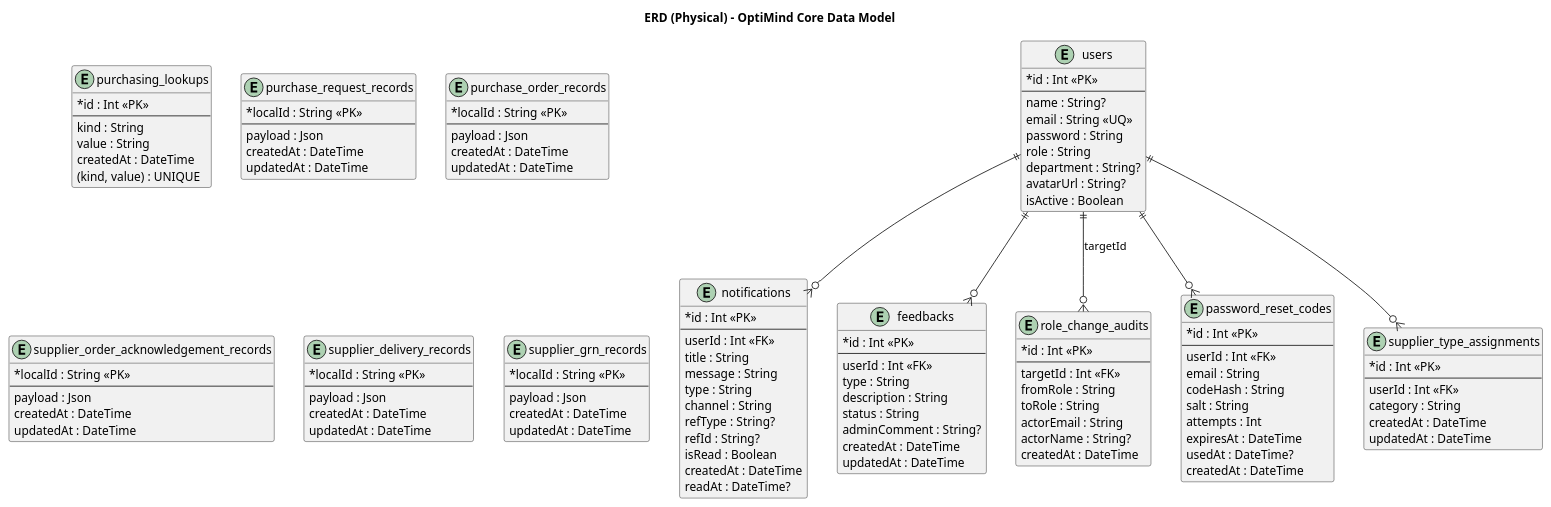
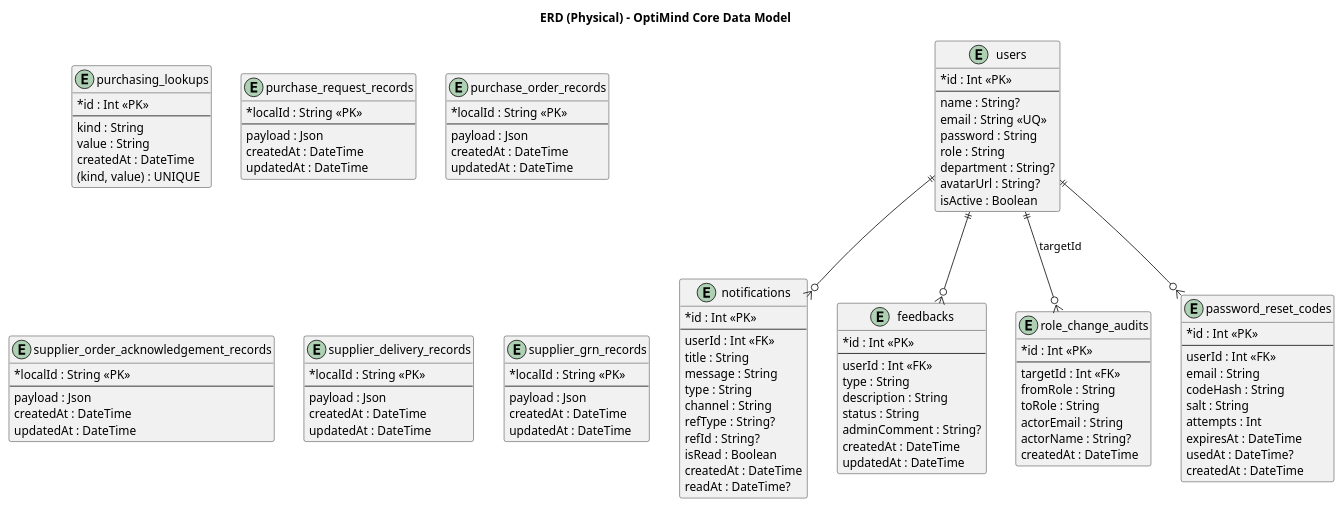
The diagram in Diagram/erd-system.puml (MoeyChingWei/FYP-MoeyChingWei), drawn with PlantUML before and after one commit. The commit also changed 34 other files, not shown here.

```diff
--- a/Diagram/erd-system.puml
+++ b/Diagram/erd-system.puml
@@ -1,135 +1,125 @@
 @startuml
 title ERD (Physical) - OptiMind Core Data Model
 
 hide methods
 hide stereotypes
 skinparam classAttributeIconSize 0
 
 entity "users" as User {
   * id : Int <<PK>>
   --
   name : String?
   email : String <<UQ>>
   password : String
   role : String
   department : String?
   avatarUrl : String?
   isActive : Boolean
 }
 
 entity "notifications" as Notification {
   * id : Int <<PK>>
   --
   userId : Int <<FK>>
   title : String
   message : String
   type : String
   channel : String
   refType : String?
   refId : String?
   isRead : Boolean
   createdAt : DateTime
   readAt : DateTime?
 }
 
 entity "feedbacks" as Feedback {
   * id : Int <<PK>>
   --
   userId : Int <<FK>>
   type : String
   description : String
   status : String
   adminComment : String?
   createdAt : DateTime
   updatedAt : DateTime
 }
 
 entity "role_change_audits" as RoleChangeAudit {
   * id : Int <<PK>>
   --
   targetId : Int <<FK>>
   fromRole : String
   toRole : String
   actorEmail : String
   actorName : String?
   createdAt : DateTime
 }
 
 entity "password_reset_codes" as PasswordResetCode {
   * id : Int <<PK>>
   --
   userId : Int <<FK>>
   email : String
   codeHash : String
   salt : String
   attempts : Int
   expiresAt : DateTime
   usedAt : DateTime?
   createdAt : DateTime
 }
 
-entity "supplier_type_assignments" as SupplierTypeAssignment {
-  * id : Int <<PK>>
-  --
-  userId : Int <<FK>>
-  category : String
-  createdAt : DateTime
-  updatedAt : DateTime
-}
-
 entity "purchasing_lookups" as PurchasingLookup {
   * id : Int <<PK>>
   --
   kind : String
   value : String
   createdAt : DateTime
   (kind, value) : UNIQUE
 }
 
 entity "purchase_request_records" as PurchaseRequestRecord {
   * localId : String <<PK>>
   --
   payload : Json
   createdAt : DateTime
   updatedAt : DateTime
 }
 
 entity "purchase_order_records" as PurchaseOrderRecord {
   * localId : String <<PK>>
   --
   payload : Json
   createdAt : DateTime
   updatedAt : DateTime
 }
 
 entity "supplier_order_acknowledgement_records" as SupplierOrderAckRecord {
   * localId : String <<PK>>
   --
   payload : Json
   createdAt : DateTime
   updatedAt : DateTime
 }
 
 entity "supplier_delivery_records" as SupplierDeliveryRecord {
   * localId : String <<PK>>
   --
   payload : Json
   createdAt : DateTime
   updatedAt : DateTime
 }
 
 entity "supplier_grn_records" as SupplierGrnRecord {
   * localId : String <<PK>>
   --
   payload : Json
   createdAt : DateTime
   updatedAt : DateTime
 }
 
 User ||--o{ Notification
 User ||--o{ Feedback
 User ||--o{ RoleChangeAudit : targetId
 User ||--o{ PasswordResetCode
-User ||--o{ SupplierTypeAssignment
 
 @enduml
```
